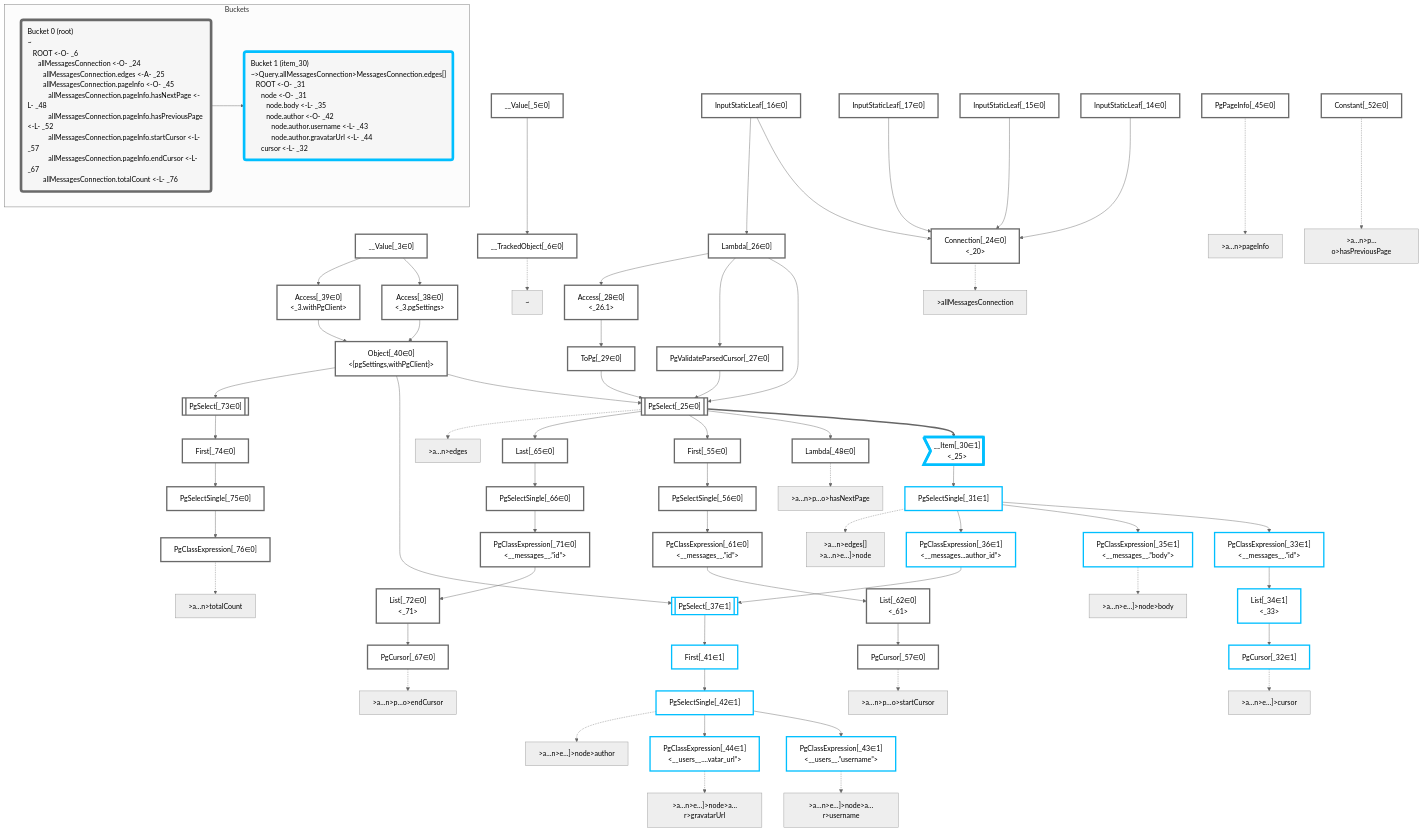
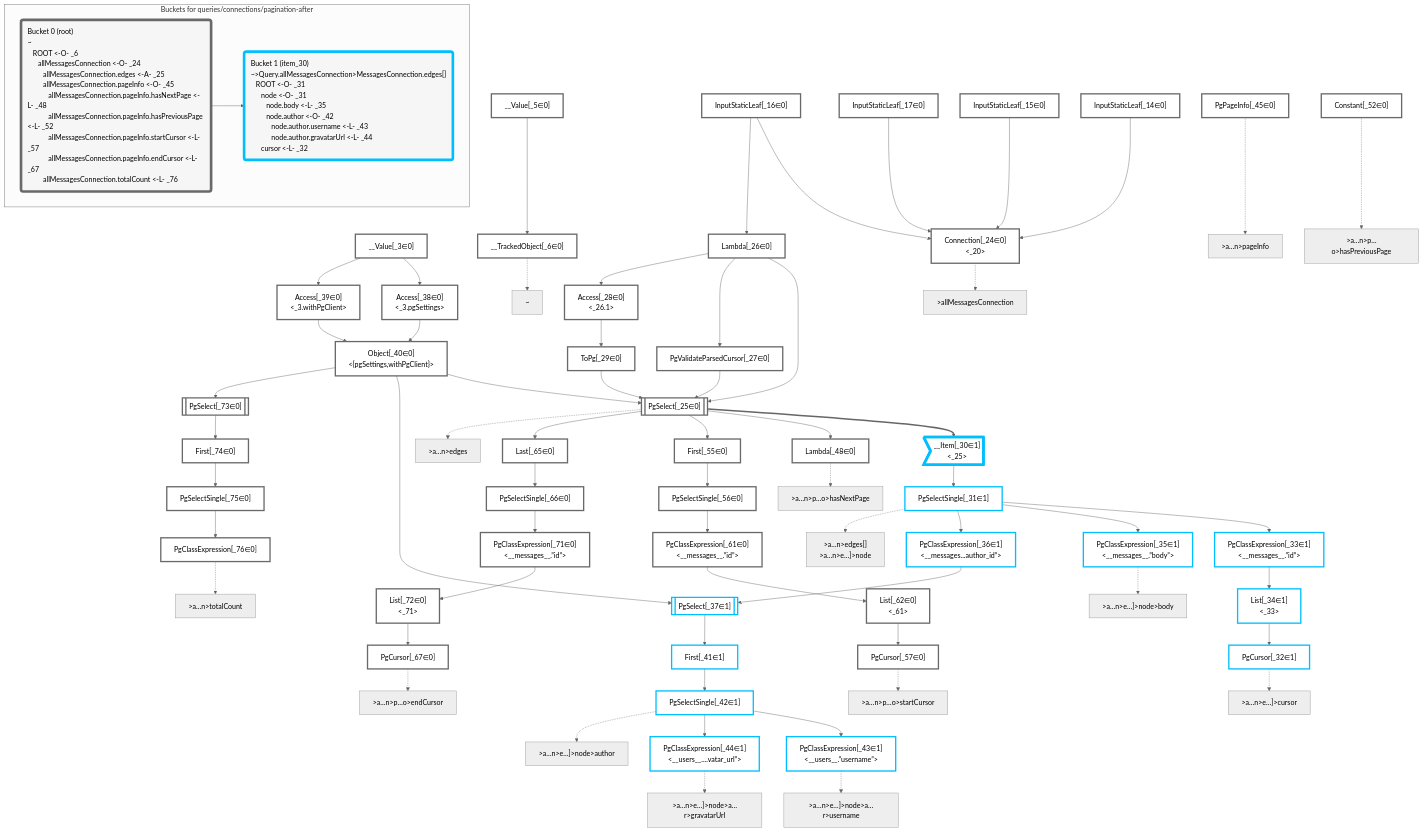
Before and after one commit to graphile/crystal: the diagram in packages/dataplan-pg/__tests__/queries/connections/pagination-after.deopt.mermaid.md, drawn with Mermaid (neutral theme). The commit also changed 195 other files, not shown here.

```diff
--- a/packages/dataplan-pg/__tests__/queries/connections/pagination-after.deopt.mermaid.md
+++ b/packages/dataplan-pg/__tests__/queries/connections/pagination-after.deopt.mermaid.md
@@ -139,7 +139,7 @@
     classDef bucket1 stroke:#00bfff
     class __Item_30,PgSelectSingle_31,PgCursor_32,PgClassExpression_33,List_34,PgClassExpression_35,PgClassExpression_36,PgSelect_37,First_41,PgSelectSingle_42,PgClassExpression_43,PgClassExpression_44 bucket1
 
-    subgraph Buckets
+    subgraph "Buckets for queries/connections/pagination-after"
     Bucket0("Bucket 0 (root)<br />~<br />⠀ROOT <-O- _6<br />⠀⠀allMessagesConnection <-O- _24<br />⠀⠀⠀allMessagesConnection.edges <-A- _25<br />⠀⠀⠀allMessagesConnection.pageInfo <-O- _45<br />⠀⠀⠀⠀allMessagesConnection.pageInfo.hasNextPage <-L- _48<br />⠀⠀⠀⠀allMessagesConnection.pageInfo.hasPreviousPage <-L- _52<br />⠀⠀⠀⠀allMessagesConnection.pageInfo.startCursor <-L- _57<br />⠀⠀⠀⠀allMessagesConnection.pageInfo.endCursor <-L- _67<br />⠀⠀⠀allMessagesConnection.totalCount <-L- _76"):::bucket
     style Bucket0 stroke:#696969
     Bucket1("Bucket 1 (item_30)<br />~>Query.allMessagesConnection>MessagesConnection.edges[]<br />⠀ROOT <-O- _31<br />⠀⠀node <-O- _31<br />⠀⠀⠀node.body <-L- _35<br />⠀⠀⠀node.author <-O- _42<br />⠀⠀⠀⠀node.author.username <-L- _43<br />⠀⠀⠀⠀node.author.gravatarUrl <-L- _44<br />⠀⠀cursor <-L- _32"):::bucket
```
